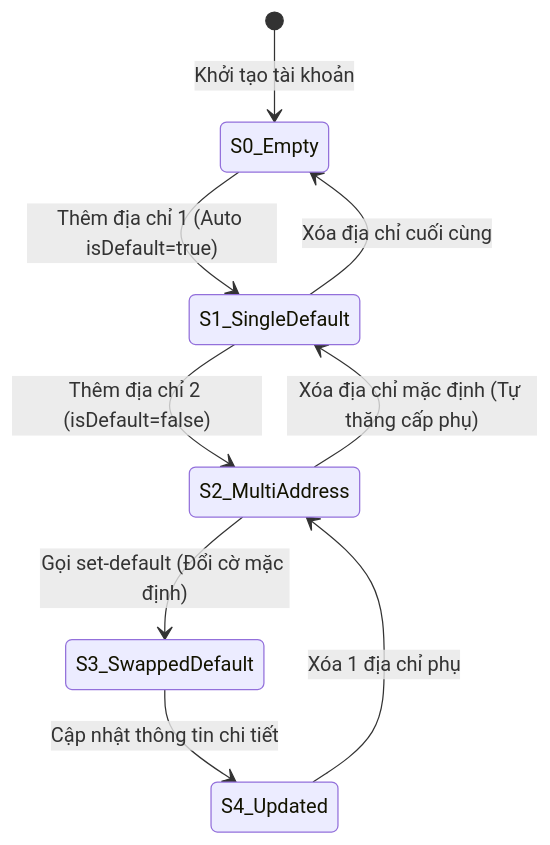
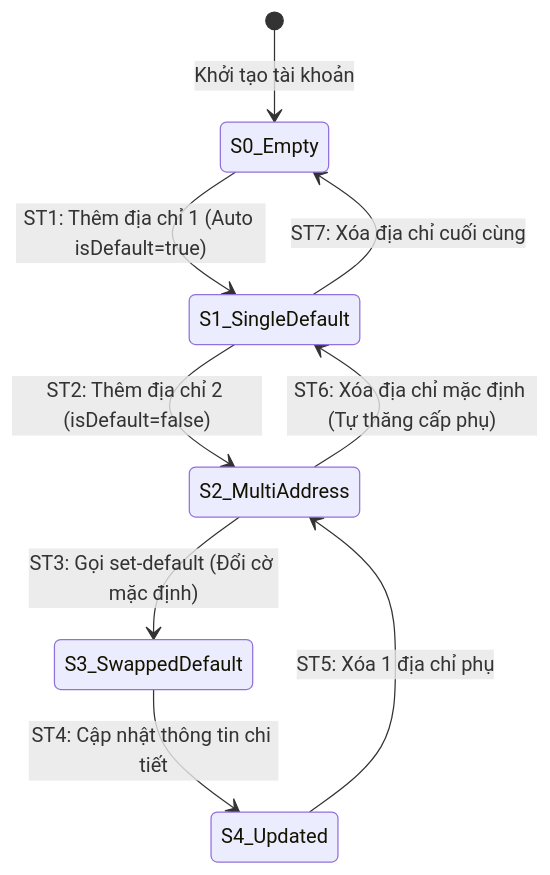
One commit to truongduoc1512/Testing changed the diagram in docs/test_cases/black_box/user_address_book/README.md. Above: the diagram before and after it, drawn with Mermaid. The commit also changed other lines of this file and 1 other file, not shown here.

Commit message:
docs(blackbox): restructure test design sequence and complement Decision Table and State Transition tags for user modules (Nguyen Hoang Phuong - 080205010954)

````diff
--- a/docs/test_cases/black_box/user_address_book/README.md
+++ b/docs/test_cases/black_box/user_address_book/README.md
@@ -141,11 +129,11 @@
 ```mermaid
 stateDiagram-v2
     [*] --> S0_Empty : Khởi tạo tài khoản
-    S0_Empty --> S1_SingleDefault : Thêm địa chỉ 1 (Auto isDefault=true)
-    S1_SingleDefault --> S2_MultiAddress : Thêm địa chỉ 2 (isDefault=false)
-    S2_MultiAddress --> S3_SwappedDefault : Gọi set-default (Đổi cờ mặc định)
-    S3_SwappedDefault --> S4_Updated : Cập nhật thông tin chi tiết
-    S4_Updated --> S2_MultiAddress : Xóa 1 địa chỉ phụ
-    S2_MultiAddress --> S1_SingleDefault : Xóa địa chỉ mặc định (Tự thăng cấp phụ)
-    S1_SingleDefault --> S0_Empty : Xóa địa chỉ cuối cùng
+    S0_Empty --> S1_SingleDefault : ST1: Thêm địa chỉ 1 (Auto isDefault=true)
+    S1_SingleDefault --> S2_MultiAddress : ST2: Thêm địa chỉ 2 (isDefault=false)
+    S2_MultiAddress --> S3_SwappedDefault : ST3: Gọi set-default (Đổi cờ mặc định)
+    S3_SwappedDefault --> S4_Updated : ST4: Cập nhật thông tin chi tiết
+    S4_Updated --> S2_MultiAddress : ST5: Xóa 1 địa chỉ phụ
+    S2_MultiAddress --> S1_SingleDefault : ST6: Xóa địa chỉ mặc định (Tự thăng cấp phụ)
+    S1_SingleDefault --> S0_Empty : ST7: Xóa địa chỉ cuối cùng
 ```
````
